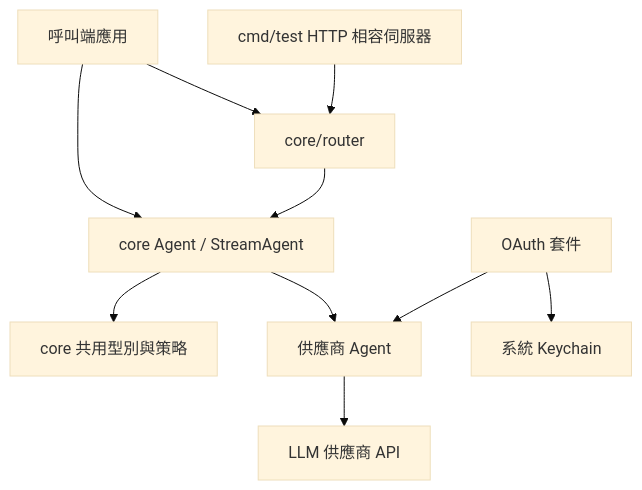
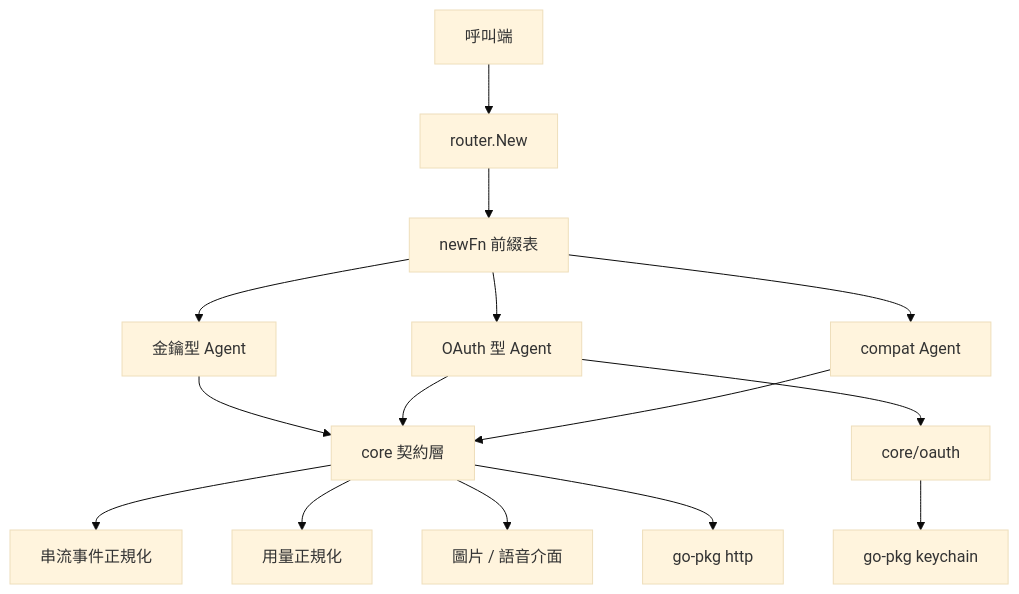
One commit to pardnchiu/go-llm-router changed the first of 11 diagrams in doc/architecture.zh.md. Above: the diagram before and after it, drawn with Mermaid (base theme). The commit also changed other lines of this file and 5 other files, not shown here.

Commit message:
doc: Rewrite documentation for the current router architecture

````diff
--- a/doc/architecture.zh.md
+++ b/doc/architecture.zh.md
@@ -9,22 +20,20 @@
 ```mermaid
 graph TB
-    App[呼叫端應用]
-    Test[cmd/test HTTP 相容伺服器]
-    Router[core/router]
-    Contract[core Agent / StreamAgent]
-    Shared[core 共用型別與策略]
-    Providers[供應商 Agent]
-    APIs[LLM 供應商 API]
-    OAuth[OAuth 套件]
-    Keychain[系統 Keychain]
+    App[呼叫端] --> Router[router.New]
+    Router --> Registry[newFn 前綴表]
+    Registry --> KeyAgents[金鑰型 Agent]
+    Registry --> OAuthAgents[OAuth 型 Agent]
+    Registry --> CompatAgent[compat Agent]
 
-    App --> Router
-    App --> Contract
-    Test --> Router
-    Router --> Contract
-    Contract --> Shared
-    Contract --> Providers
-    Providers --> APIs
-    OAuth --> Keychain
-    OAuth --> Providers
+    KeyAgents --> Core[core 契約層]
+    OAuthAgents --> Core
+    CompatAgent --> Core
+
+    OAuthAgents --> OAuth[core/oauth]
+    OAuth --> Keychain[go-pkg keychain]
+
+    Core --> Stream[串流事件正規化]
+    Core --> Usage[用量正規化]
+    Core --> Media[圖片 / 語音介面]
+    Core --> HTTP[go-pkg http]
 ```
````
